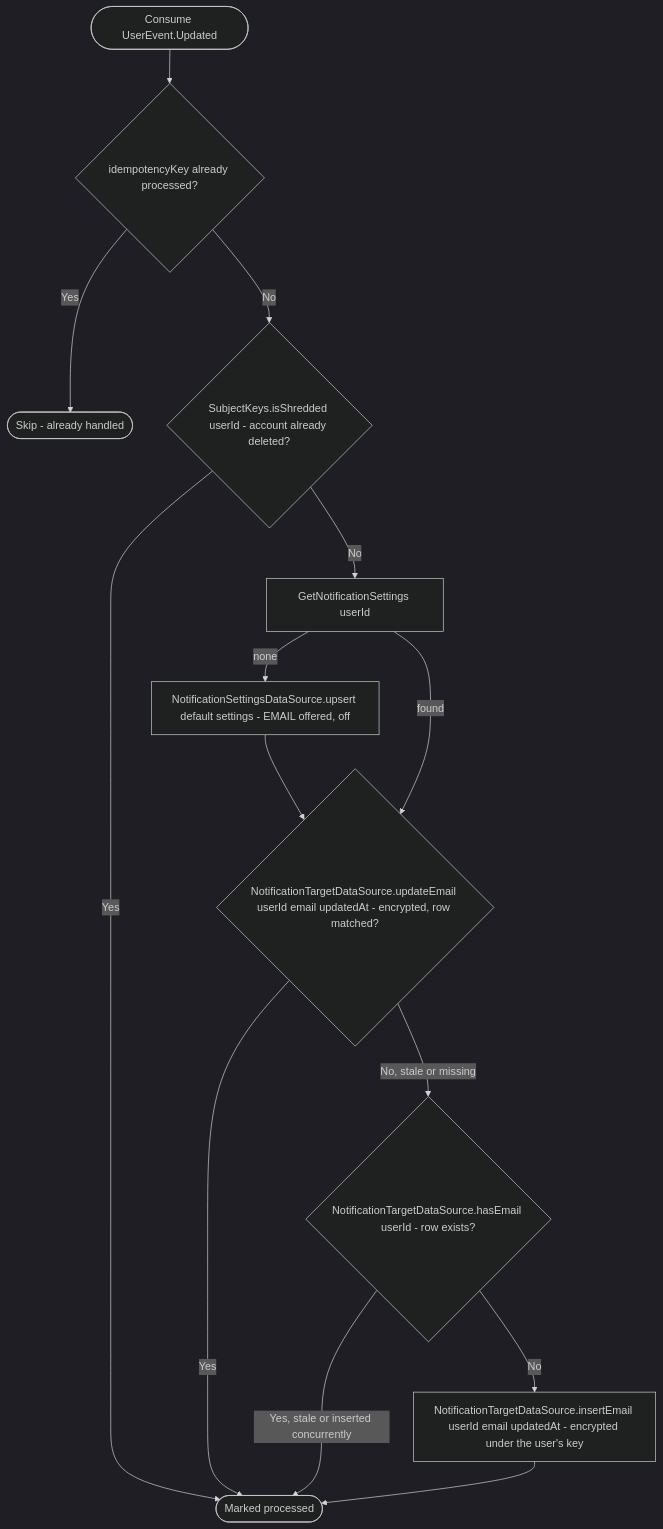
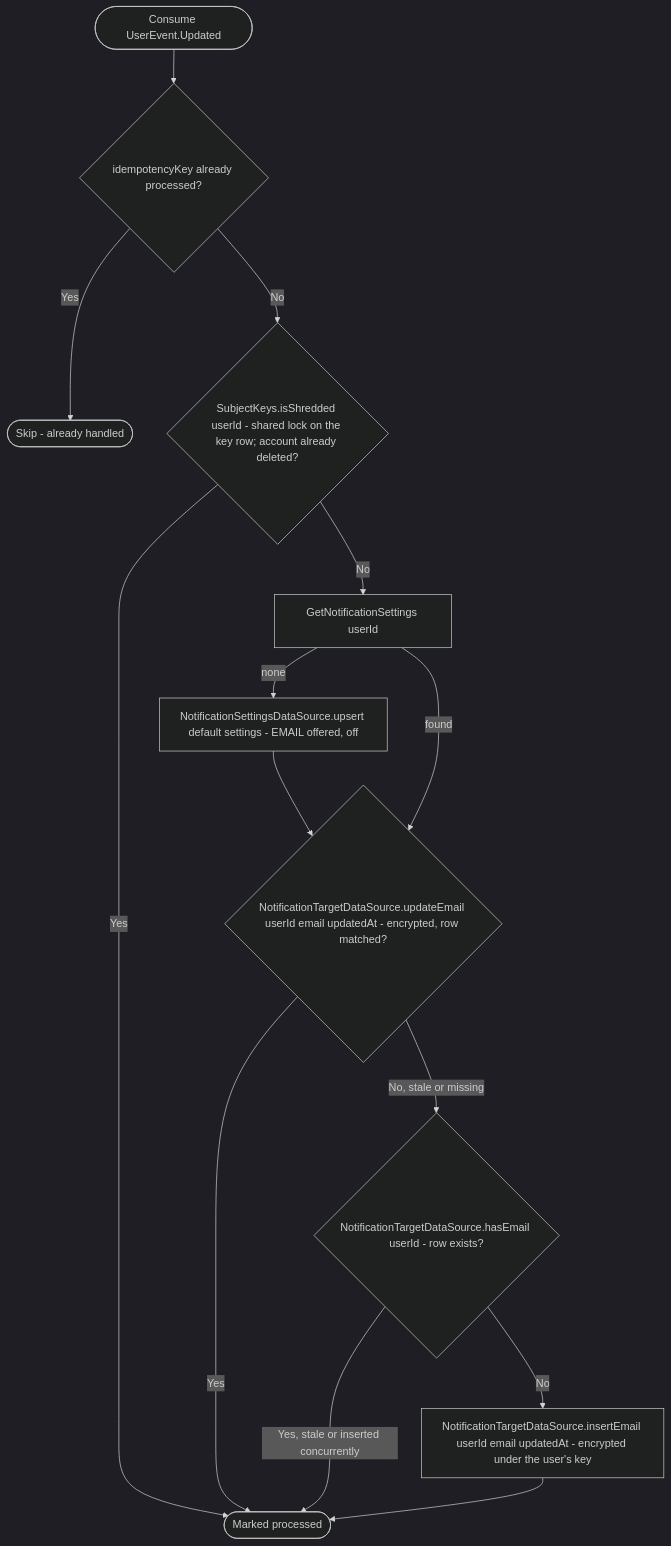
Before and after one commit to nocturneproperties/bookkme: the diagram in docs/operations/notifications/on-user-updated.md, drawn with Mermaid (dark theme). The commit also changed other lines of this file and 39 other files, not shown here.

````diff
--- a/docs/operations/notifications/on-user-updated.md
+++ b/docs/operations/notifications/on-user-updated.md
@@ -21,16 +26,16 @@
 ```mermaid
 flowchart TD
     Start([Consume UserEvent.Updated]) --> Dedup{idempotencyKey already processed?}
     Dedup -- Yes --> Skip([Skip - already handled])
-    Dedup -- No --> Erased{SubjectKeys.isShredded userId - account already deleted?}
+    Dedup -- No --> Erased{"SubjectKeys.isShredded userId - shared lock on the key row; account already deleted?"}
     Erased -- Yes --> Ack
     Erased -- No --> GetSettings[GetNotificationSettings userId]
     GetSettings -- none --> Create[NotificationSettingsDataSource.upsert default settings - EMAIL offered, off]
     Create --> UpdateEmail
     GetSettings -- found --> UpdateEmail{NotificationTargetDataSource.updateEmail userId email updatedAt - encrypted, row matched?}
     UpdateEmail -- Yes --> Ack([Marked processed])
     UpdateEmail -- No, stale or missing --> HasEmail{NotificationTargetDataSource.hasEmail userId - row exists?}
     HasEmail -- No --> Insert[NotificationTargetDataSource.insertEmail userId email updatedAt - encrypted under the user's key]
     HasEmail -- Yes, stale or inserted concurrently --> Ack
     Insert --> Ack
 ```
````
